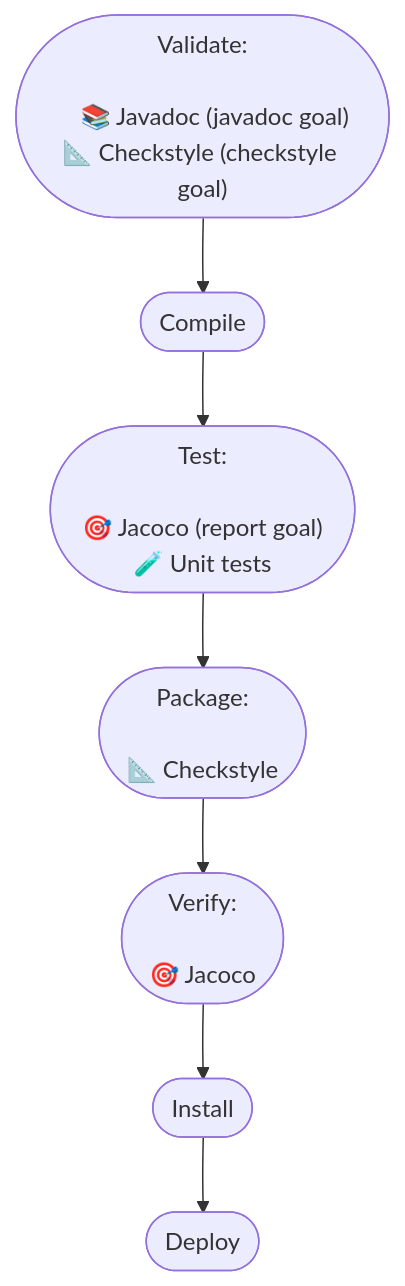
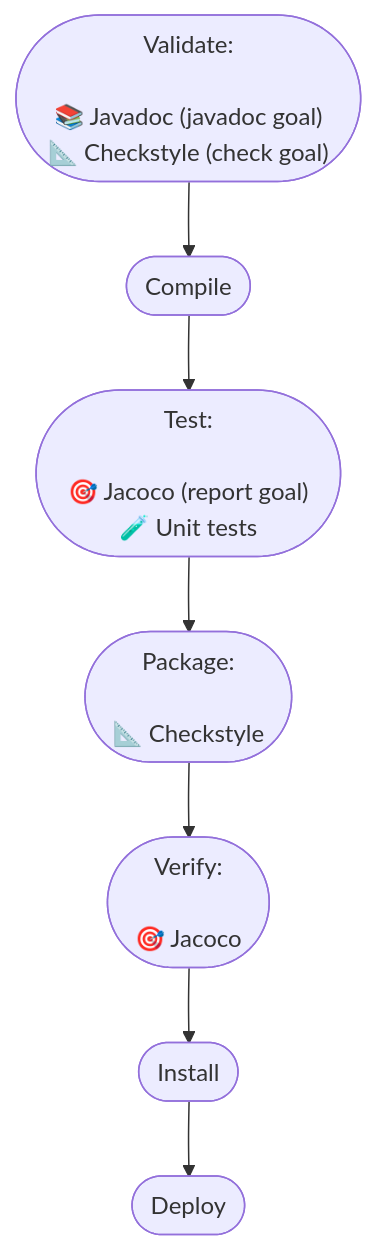
One commit to antoinebrunet1/shortesttm-path changed the diagram in README.md. Above: the diagram before and after it, drawn with Mermaid.

Commit message:
Fixed goal name in Maven diagram in README

````diff
--- a/README.md
+++ b/README.md
@@ -57,19 +57,19 @@
 ```mermaid
 graph TD;
     id1(["Validate:
     
     📚 Javadoc (javadoc goal)
-📐 Checkstyle (checkstyle goal)"])-->id2([Compile])
+📐 Checkstyle (check goal)"])-->id2([Compile])
     id2([Compile])-->id3([Test])
     id3(["Test:
     
 🎯 Jacoco (report goal)
 🧪 Unit tests"])-->id4([Package])
     id4(["Package:
     
 📐 Checkstyle"])-->id5([Verify])
     id5(["Verify:
     
 🎯 Jacoco"])-->id6([Install])
     id6([Install])-->id7([Deploy])
 ```
````
